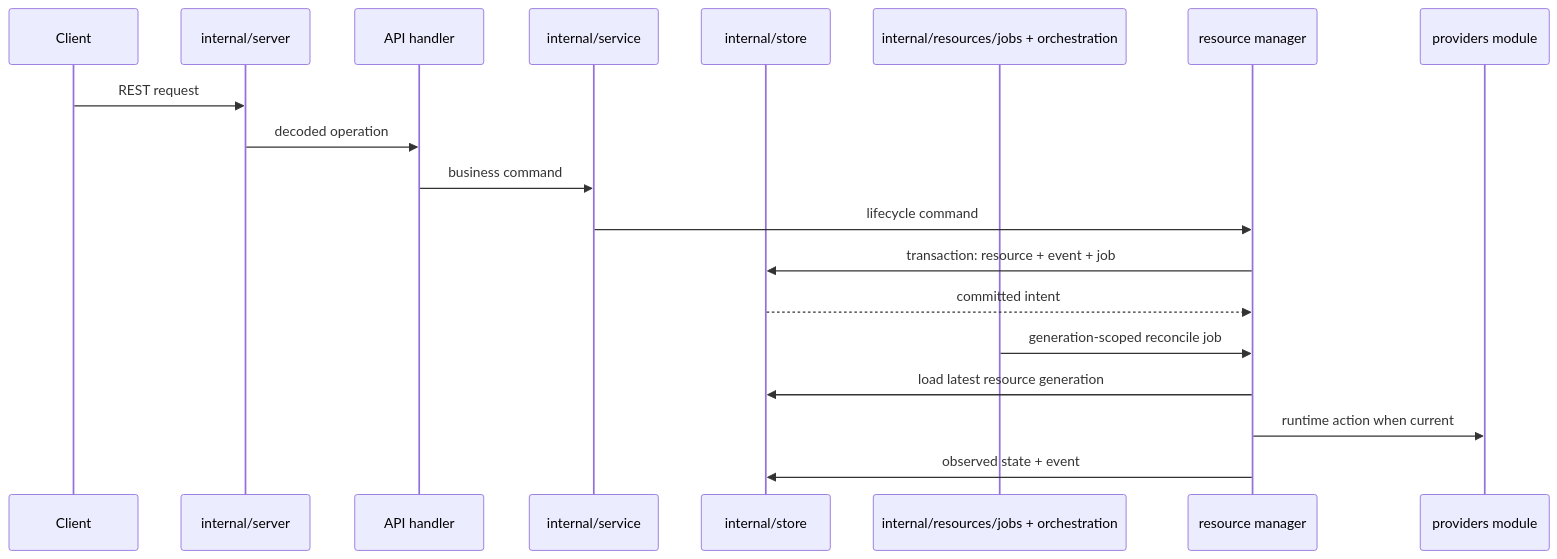
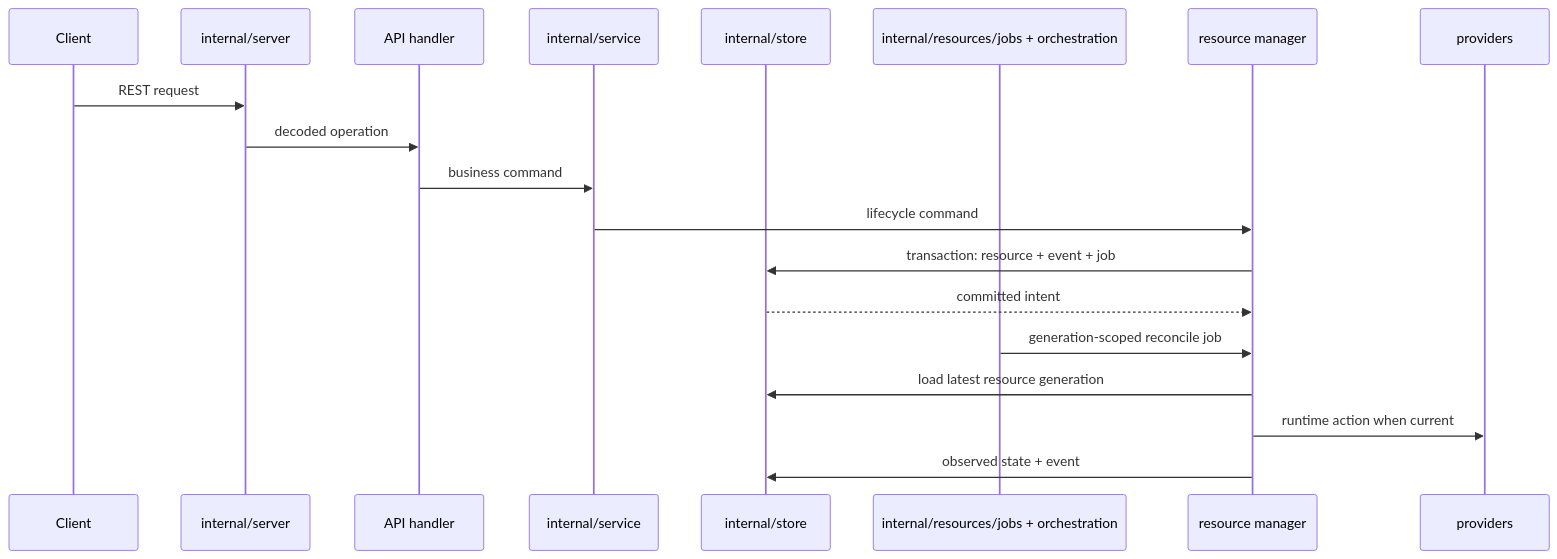
The second of 2 diagrams in server/DESIGN.md (discobox-ai/discobox), drawn with Mermaid before and after one commit. The commit also changed other lines of this file and 139 other files, not shown here.

````diff
--- a/server/DESIGN.md
+++ b/server/DESIGN.md
@@ -86,22 +86,22 @@
 ```mermaid
 sequenceDiagram
     participant Client
     participant Router as internal/server
     participant API as API handler
     participant Service as internal/service
     participant Store as internal/store
     participant Jobs as internal/resources/jobs + orchestration
     participant Manager as resource manager
-    participant Provider as providers module
+    participant Provider as providers
 
     Client->>Router: REST request
     Router->>API: decoded operation
     API->>Service: business command
     Service->>Manager: lifecycle command
     Manager->>Store: transaction: resource + event + job
     Store-->>Manager: committed intent
     Jobs->>Manager: generation-scoped reconcile job
     Manager->>Store: load latest resource generation
     Manager->>Provider: runtime action when current
     Manager->>Store: observed state + event
 ```
````
